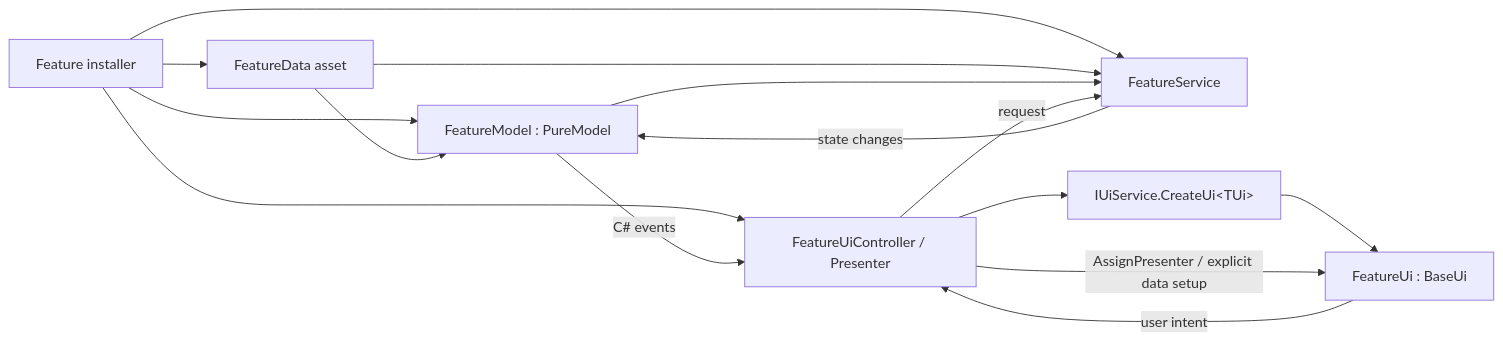
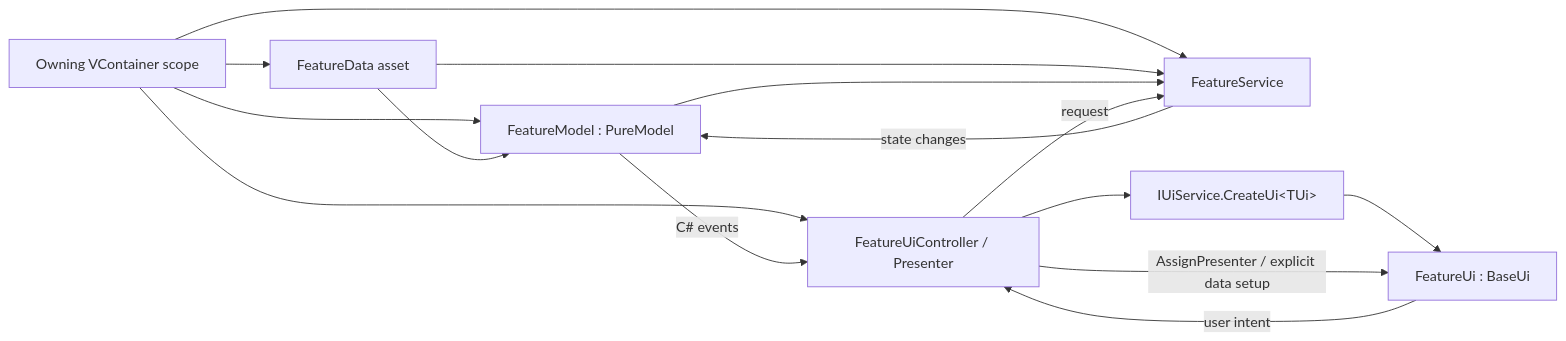
The diagram in EmpireAtWarDocumentation/Architecture/UI_REFACTORING_PLAYBOOK - Research.md (GolinSky/empire-at-war), drawn with Mermaid before and after one commit. The commit also changed other lines of this file and 1868 other files, not shown here.

````diff
--- a/EmpireAtWarDocumentation/Architecture/UI_REFACTORING_PLAYBOOK - Research.md
+++ b/EmpireAtWarDocumentation/Architecture/UI_REFACTORING_PLAYBOOK - Research.md
@@ -38,17 +38,17 @@
 ```mermaid
 flowchart LR
-    Installer["Feature installer"] --> Data["FeatureData asset"]
+    Installer["Owning VContainer scope"] --> Data["FeatureData asset"]
     Installer --> Model["FeatureModel : PureModel"]
     Installer --> Service["FeatureService"]
     Installer --> Presenter["FeatureUiController / Presenter"]
     Data --> Model
     Data --> Service
     Model --> Service
     Presenter --> UiService["IUiService.CreateUi&lt;TUi&gt;"]
     UiService --> View["FeatureUi : BaseUi"]
     Presenter -->|"AssignPresenter / explicit data setup"| View
     View -->|"user intent"| Presenter
     Presenter -->|"request"| Service
     Service -->|"state changes"| Model
     Model -->|"C# events"| Presenter
 ```
````
